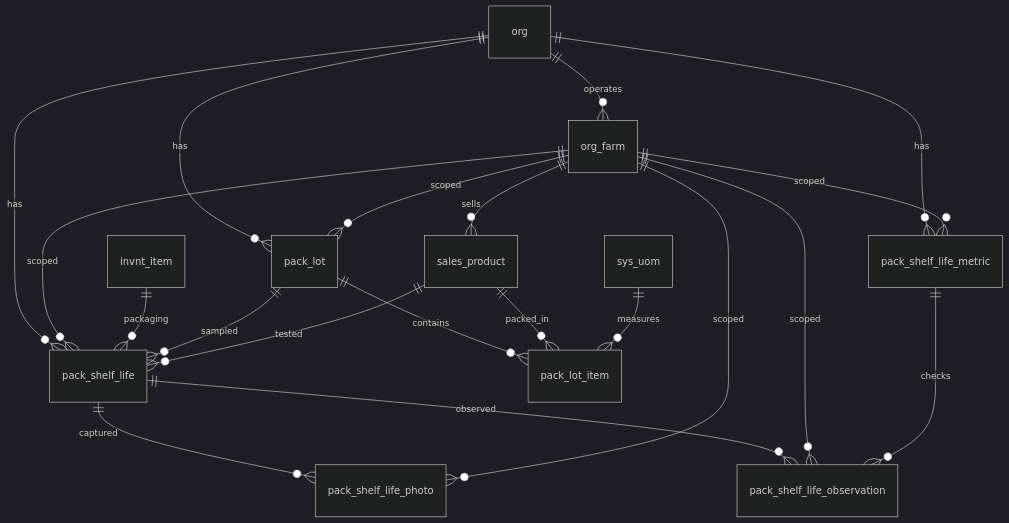
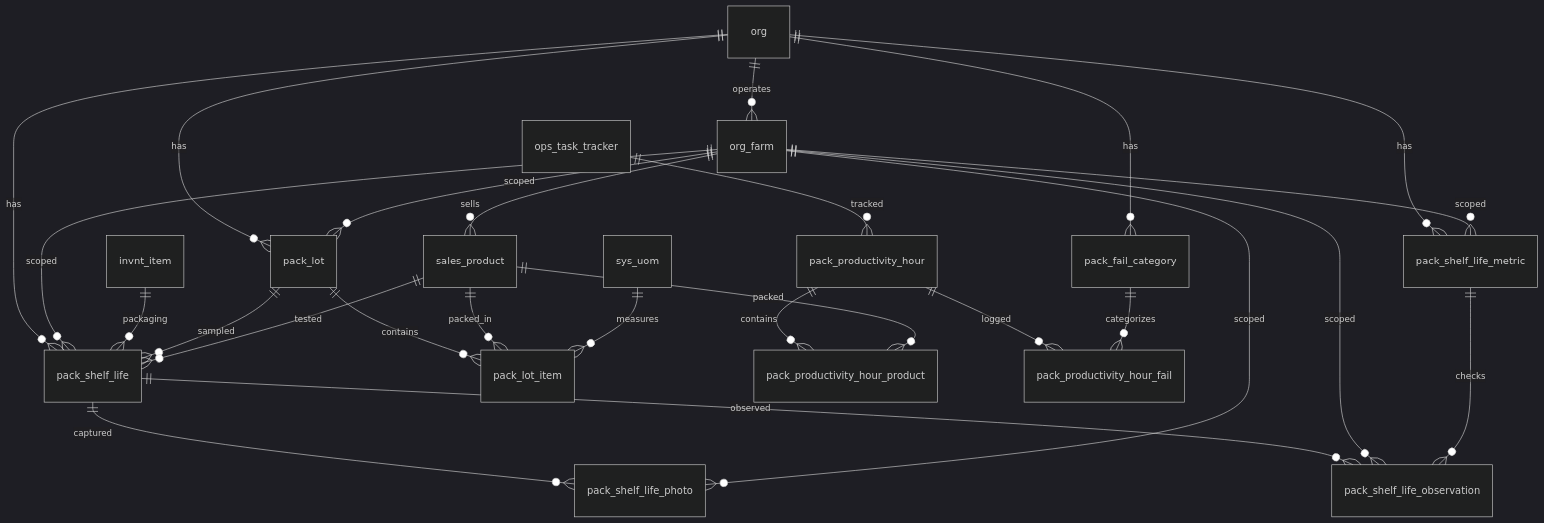
The diagram in docs/schemas/20260326_07_pack.md (Hawaii-Farming/aloha-app), drawn with Mermaid (dark theme) before and after one commit. The commit also changed other lines of this file and 15 other files, not shown here.

First line of the commit message:
Add pack productivity tracking: hourly crew, product output, and fail logging

````diff
--- a/docs/schemas/20260326_07_pack.md
+++ b/docs/schemas/20260326_07_pack.md
@@ -11,23 +11,29 @@
 ```mermaid
 erDiagram
     org ||--o{ org_farm : operates
     org ||--o{ pack_lot : has
     org ||--o{ pack_shelf_life_metric : has
     org ||--o{ pack_shelf_life : has
     org_farm ||--o{ sales_product : sells
     org_farm ||--o{ pack_lot : scoped
     pack_lot ||--o{ pack_lot_item : contains
     sales_product ||--o{ pack_lot_item : packed_in
     sys_uom ||--o{ pack_lot_item : measures
 
     org_farm ||--o{ pack_shelf_life_metric : scoped
     org_farm ||--o{ pack_shelf_life : scoped
     invnt_item ||--o{ pack_shelf_life : packaging
     pack_lot ||--o{ pack_shelf_life : sampled
     sales_product ||--o{ pack_shelf_life : tested
     pack_shelf_life ||--o{ pack_shelf_life_observation : observed
     org_farm ||--o{ pack_shelf_life_observation : scoped
     pack_shelf_life_metric ||--o{ pack_shelf_life_observation : checks
     pack_shelf_life ||--o{ pack_shelf_life_photo : captured
     org_farm ||--o{ pack_shelf_life_photo : scoped
+    org ||--o{ pack_fail_category : has
+    ops_task_tracker ||--o{ pack_productivity_hour : tracked
+    pack_productivity_hour ||--o{ pack_productivity_hour_product : contains
+    pack_productivity_hour ||--o{ pack_productivity_hour_fail : logged
+    sales_product ||--o{ pack_productivity_hour_product : packed
+    pack_fail_category ||--o{ pack_productivity_hour_fail : categorizes
 ```
````
